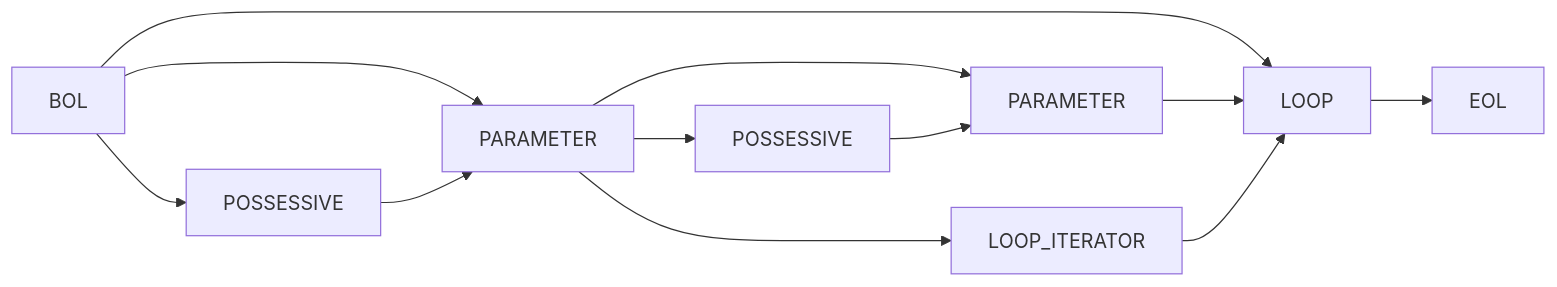
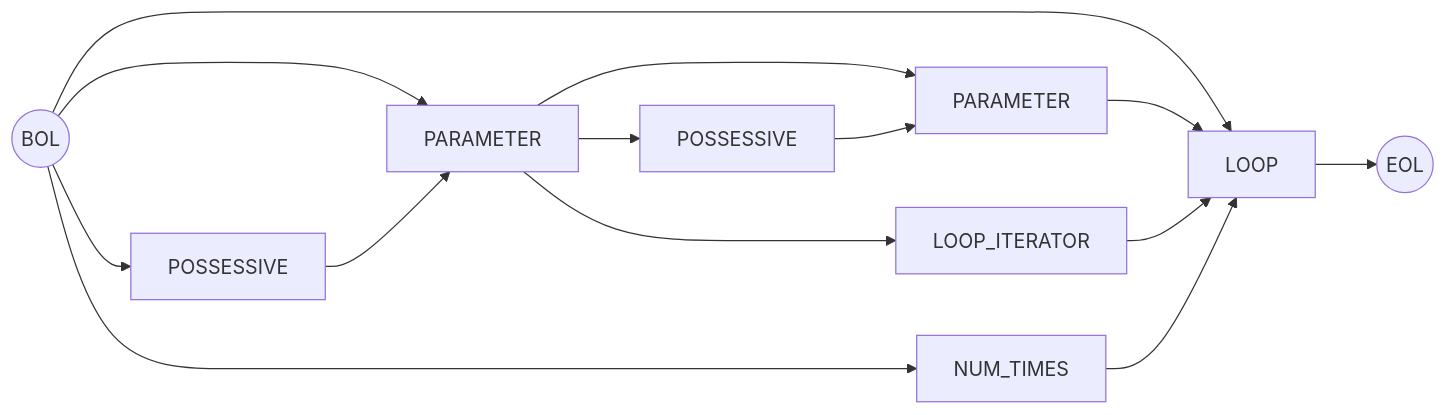
One commit to rewhowe/snapdragon changed the fifth of 17 diagrams in documentation/nfsm.md. Above: the diagram before and after it, drawn with Mermaid. The commit also changed other lines of this file and 187 other files, not shown here.

````diff
--- a/documentation/nfsm.md
+++ b/documentation/nfsm.md
@@ -104,20 +118,22 @@
 ```mermaid
 graph LR
-  BOL --> PARAMETER_1[PARAMETER]
+  BOL((BOL)) --> PARAMETER_1[PARAMETER]
   BOL --> POSSESSIVE_1[POSSESSIVE]
   BOL --> LOOP
+  BOL --> NUM_TIMES
 
   PARAMETER_1[PARAMETER] --> PARAMETER_2[PARAMETER]
   PARAMETER_1[PARAMETER] --> LOOP_ITERATOR
   PARAMETER_1[PARAMETER] --> POSSESSIVE_2[PARAMETER]
 
   PARAMETER_2[PARAMETER] --> LOOP
 
   POSSESSIVE_1[POSSESSIVE] --> PARAMETER_1[PARAMETER]
 
   POSSESSIVE_2[POSSESSIVE] --> PARAMETER_2[PARAMETER]
 
   LOOP_ITERATOR --> LOOP
+  NUM_TIMES --> LOOP
 
-  LOOP --> EOL
+  LOOP --> EOL((EOL))
 ```
````
